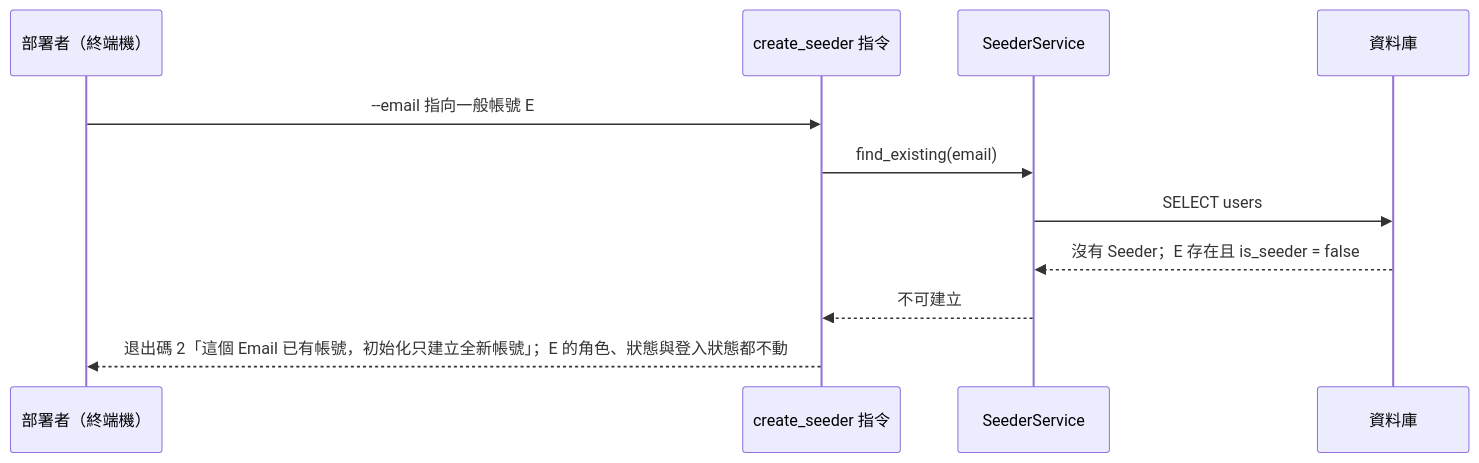
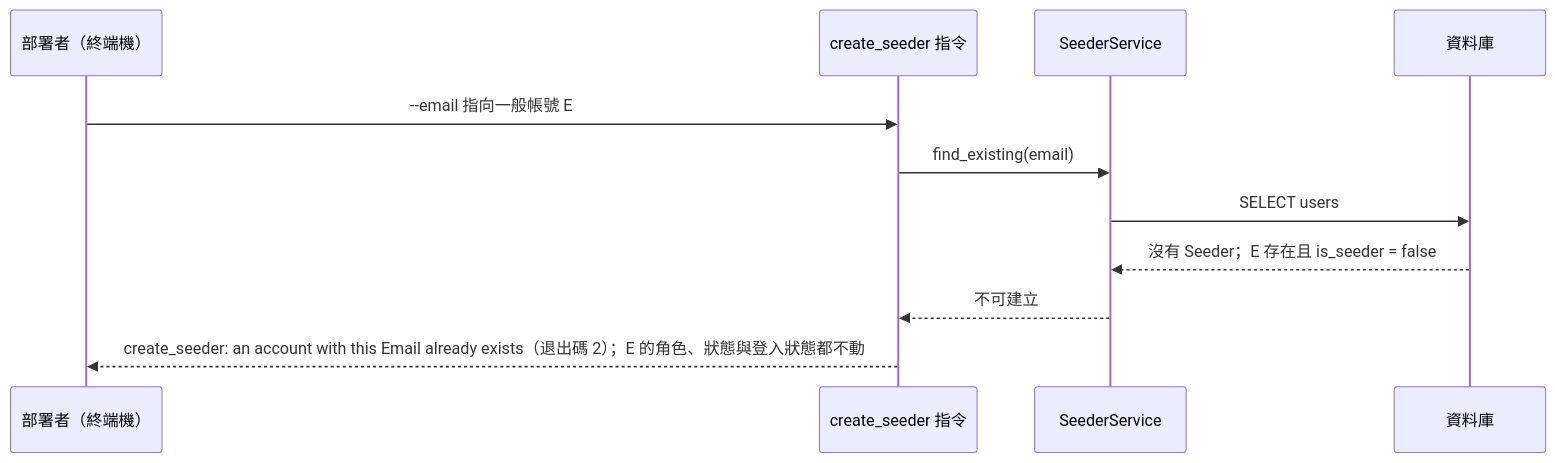
Before and after one commit to label-suite/label-suite: diagram 33 of 33 in openspec/changes/login-auth-guard/system-design.md, drawn with Mermaid. The commit also changed other lines of this file and 2 other files, not shown here.

````diff
--- a/openspec/changes/login-auth-guard/system-design.md
+++ b/openspec/changes/login-auth-guard/system-design.md
@@ -1097,13 +1102,13 @@
 ```mermaid
 sequenceDiagram
   participant D as 部署者（終端機）
   participant X as create_seeder 指令
   participant S as SeederService
   participant DB as 資料庫
   D->>X: --email 指向一般帳號 E
   X->>S: find_existing(email)
   S->>DB: SELECT users
   DB-->>S: 沒有 Seeder；E 存在且 is_seeder = false
   S-->>X: 不可建立
-  X-->>D: 退出碼 2「這個 Email 已有帳號，初始化只建立全新帳號」；E 的角色、狀態與登入狀態都不動
+  X-->>D: create_seeder: an account with this Email already exists（退出碼 2）；E 的角色、狀態與登入狀態都不動
 ```
````
